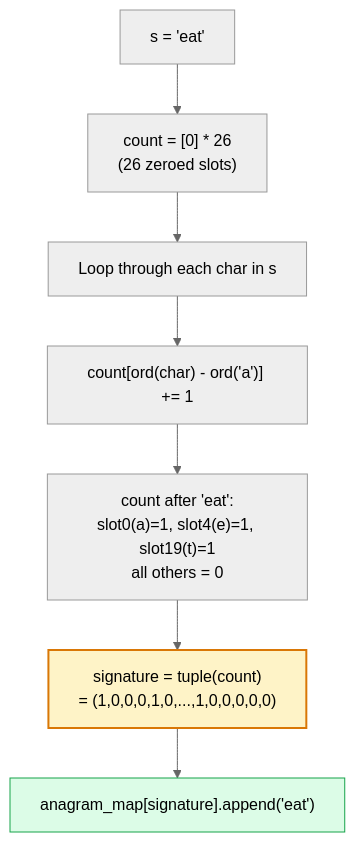
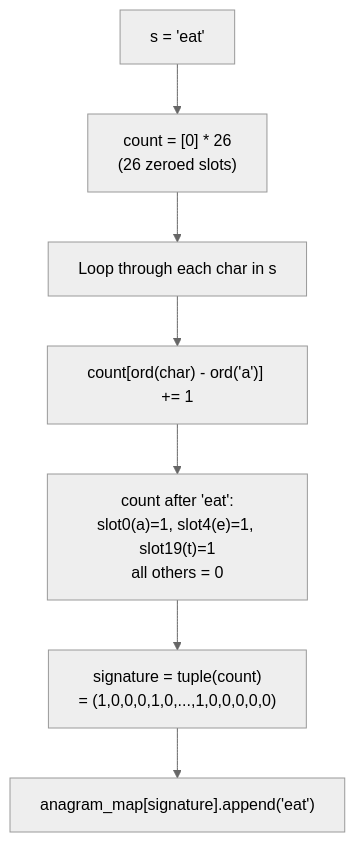
The ninth of 12 diagrams in 04 - Group Anagrams/README.md (M-F-Tushar/LeetCode-Problem-Solving), drawn with Mermaid (neutral theme) before and after one commit. The commit also changed other lines of this file and 6 other files, not shown here.

Commit message:
added 06 - Is Subsequence, 07 - Longest Consecutive Sequence

````diff
--- a/04 - Group Anagrams/README.md
+++ b/04 - Group Anagrams/README.md
@@ -312,12 +300,10 @@
 ```mermaid
 flowchart TD
     A["s = 'eat'"] --> B["count = [0] * 26\n(26 zeroed slots)"]
     B --> C["Loop through each char in s"]
     C --> D["count[ord(char) - ord('a')] += 1"]
     D --> E["count after 'eat':\nslot0(a)=1, slot4(e)=1, slot19(t)=1\nall others = 0"]
     E --> F["signature = tuple(count)\n= (1,0,0,0,1,0,...,1,0,0,0,0,0)"]
     F --> G["anagram_map[signature].append('eat')"]
 
-    style F fill:#fef3c7,stroke:#d97706,stroke-width:2px,color:#000000
-    style G fill:#dcfce7,stroke:#16a34a,color:#000000
 ```
````
